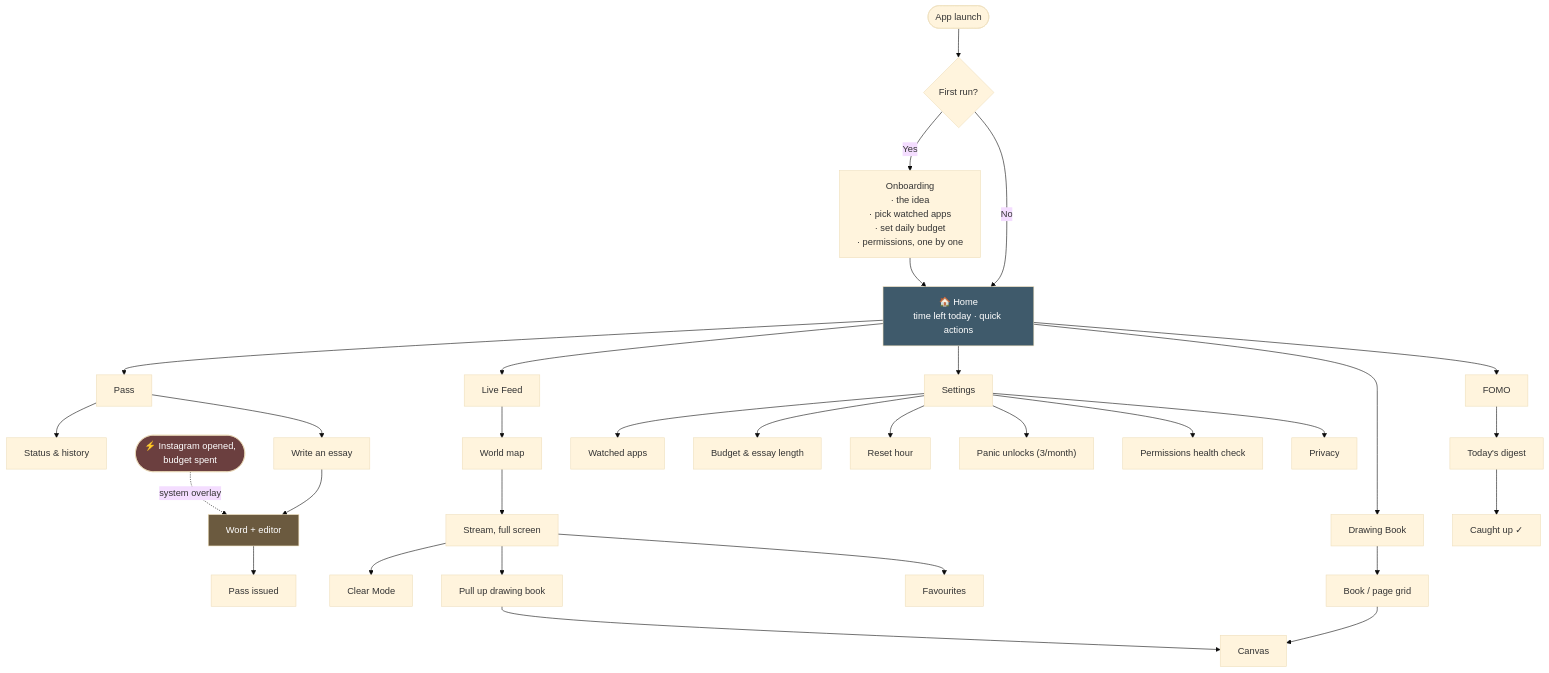
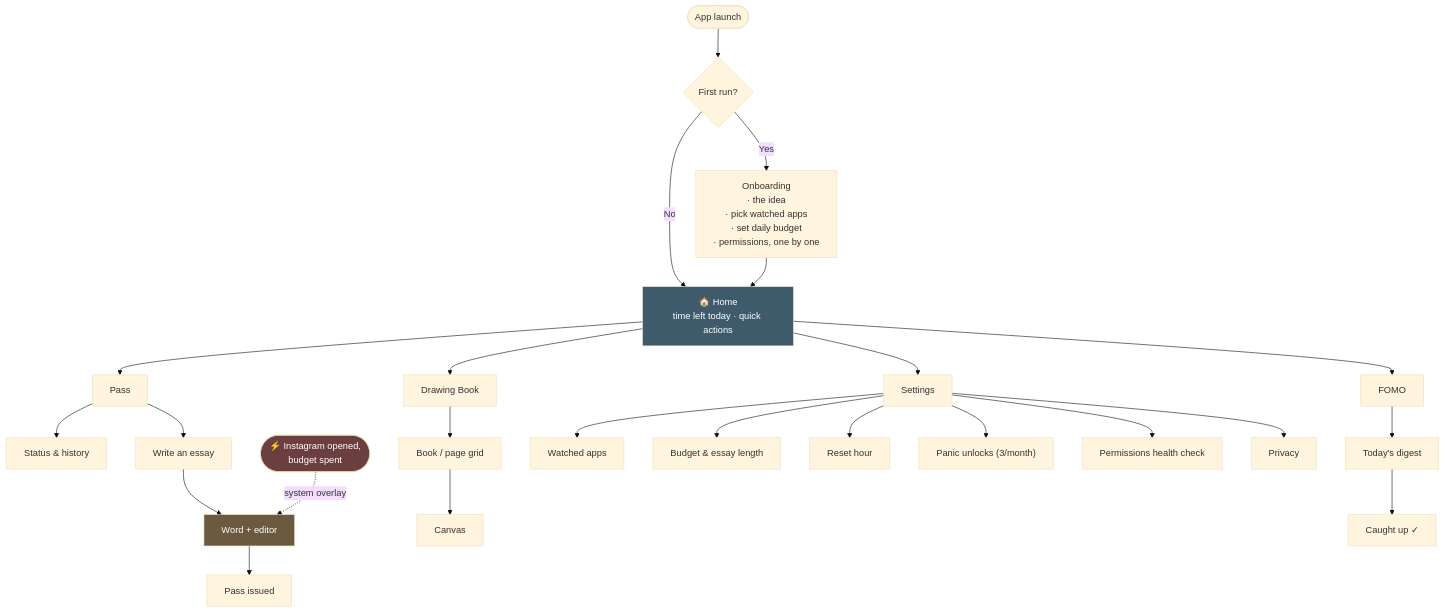
Before and after one commit to Kavana917/TouchGrass: the fifth of 6 diagrams in context/app_plan.md, drawn with Mermaid (base theme). The commit also changed other lines of this file and 33 other files, not shown here.

````diff
--- a/context/app_plan.md
+++ b/context/app_plan.md
@@ -674,45 +508,37 @@
 ```mermaid
 flowchart TD
     LAUNCH(["App launch"]) --> ONB{"First run?"}
     ONB -->|Yes| ONBOARD["Onboarding<br/>· the idea<br/>· pick watched apps<br/>· set daily budget<br/>· permissions, one by one"]
     ONB -->|No| HOME
 
     ONBOARD --> HOME["🏠 Home<br/>time left today · quick actions"]
 
     HOME --> F1["Pass"]
-    HOME --> F2["Live Feed"]
-    HOME --> F3["Drawing Book"]
-    HOME --> F4["FOMO"]
+    HOME --> F2["Drawing Book"]
+    HOME --> F3["FOMO"]
     HOME --> SET["Settings"]
 
     F1 --> F1A["Status & history"]
     F1 --> F1B["Write an essay"]
     F1B --> F1C["Word + editor"]
     F1C --> F1D["Pass issued"]
 
-    F2 --> F2A["World map"]
-    F2A --> F2B["Stream, full screen"]
-    F2B --> F2C["Clear Mode"]
-    F2B --> F2D["Pull up drawing book"]
-    F2B --> F2E["Favourites"]
+    F2 --> F2A["Book / page grid"]
+    F2A --> F2B["Canvas"]
 
-    F3 --> F3A["Book / page grid"]
-    F3A --> F3B["Canvas"]
-    F2D --> F3B
-
-    F4 --> F4A["Today's digest"]
-    F4A --> F4B["Caught up ✓"]
+    F3 --> F3A["Today's digest"]
+    F3A --> F3B["Caught up ✓"]
 
     SET --> S1["Watched apps"]
     SET --> S2["Budget & essay length"]
     SET --> S3["Reset hour"]
     SET --> S4["Panic unlocks (3/month)"]
     SET --> S5["Permissions health check"]
     SET --> S6["Privacy"]
 
     EXT(["⚡ Instagram opened,<br/>budget spent"]) -.->|"system overlay"| F1C
 
     style EXT fill:#6b3f3f,color:#fff
     style HOME fill:#3f5a6b,color:#fff
     style F1C fill:#6b5a3f,color:#fff
 ```
````
